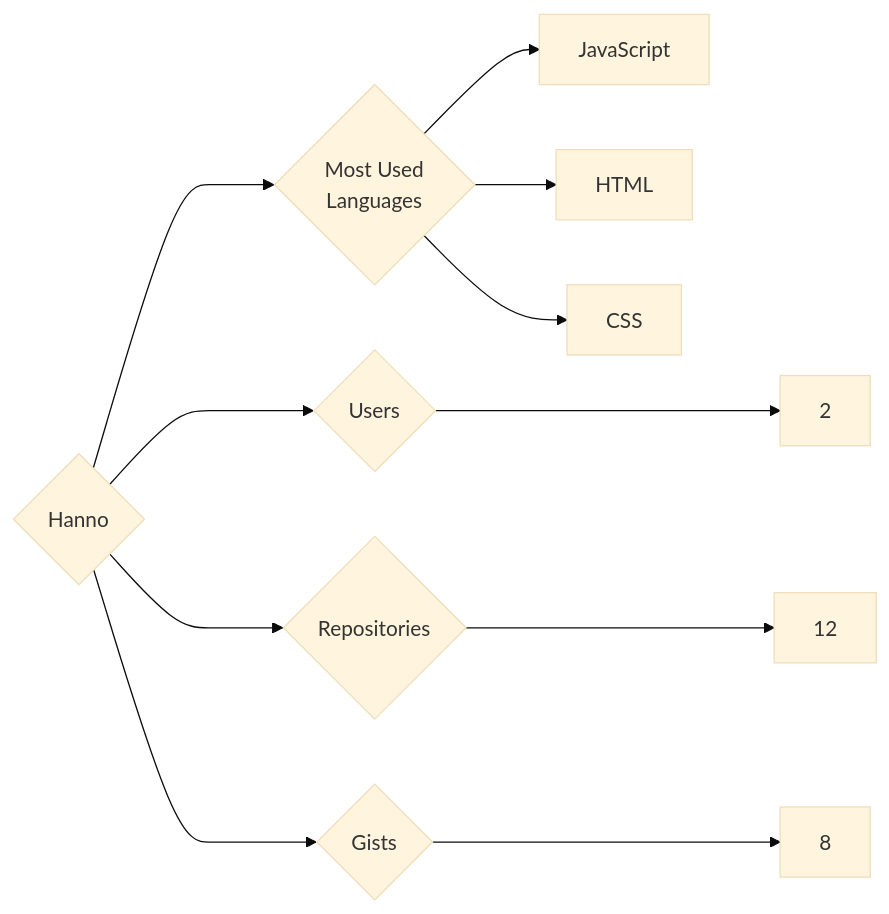
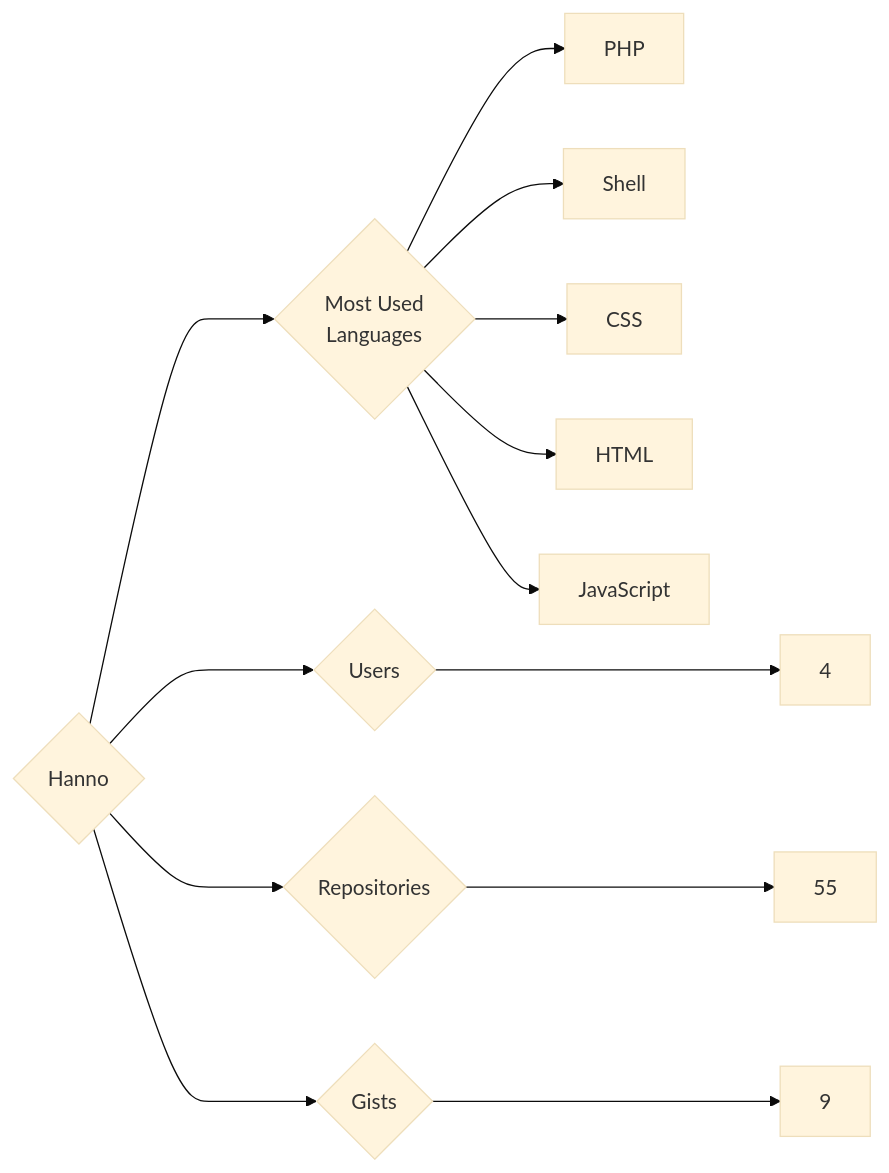
Before and after one commit to trickest/insiders: the diagram in targets/Hanno/README.md, drawn with Mermaid (base theme). The commit also changed 1055 other files, not shown here.

````diff
--- a/targets/Hanno/README.md
+++ b/targets/Hanno/README.md
@@ -3,11 +3,13 @@
 ```mermaid
 graph LR
 COMPANY_NAME{Hanno}
-COMPANY_NAME ---> U{Users} ---> UN[2]
-COMPANY_NAME ---> R{Repositories} ---> RN[12]
-COMPANY_NAME ---> G{Gists} ---> GN[8]
+COMPANY_NAME ---> U{Users} ---> UN[4]
+COMPANY_NAME ---> R{Repositories} ---> RN[55]
+COMPANY_NAME ---> G{Gists} ---> GN[9]
 COMPANY_NAME ---> ML{Most Used<br>Languages}
+ML --> PHP[PHP]
+ML --> Shell[Shell]
+ML --> CSS[CSS]
+ML --> HTML[HTML]
 ML --> JavaScript[JavaScript]
-ML --> HTML[HTML]
-ML --> CSS[CSS]
 ```
````
